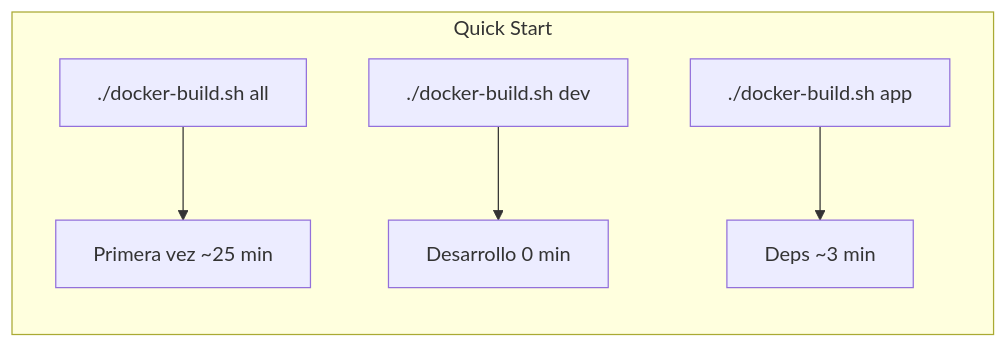
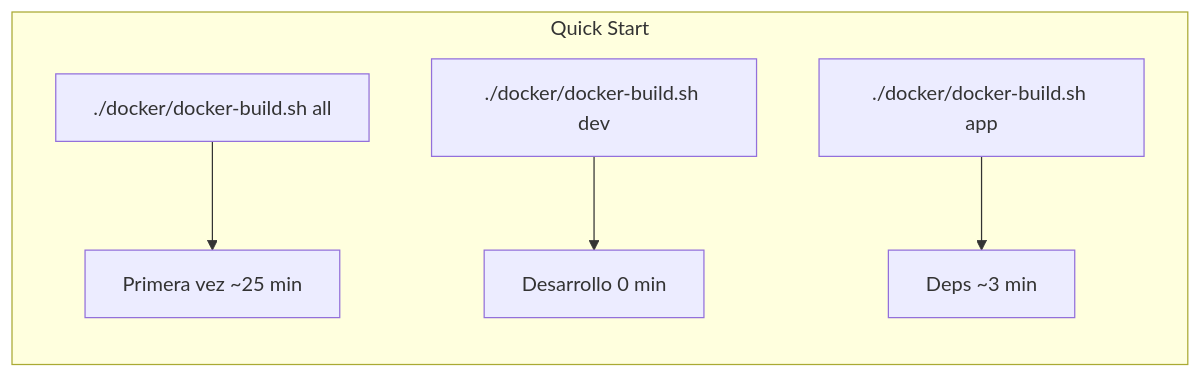
The tenth of 11 diagrams in README.md (robertteleng/aria-demo), drawn with Mermaid before and after one commit. The commit also changed other lines of this file and 3 other files, not shown here.

First line of the commit message:
docs: update all paths after docker/ and tests/ reorganization

````diff
--- a/README.md
+++ b/README.md
@@ -572,8 +579,8 @@
 ```mermaid
 flowchart LR
     subgraph "Quick Start"
-        A[./docker-build.sh all] --> B[Primera vez ~25 min]
-        C[./docker-build.sh dev] --> D[Desarrollo 0 min]
-        E[./docker-build.sh app] --> F[Deps ~3 min]
+        A[./docker/docker-build.sh all] --> B[Primera vez ~25 min]
+        C[./docker/docker-build.sh dev] --> D[Desarrollo 0 min]
+        E[./docker/docker-build.sh app] --> F[Deps ~3 min]
     end
 ```
````
